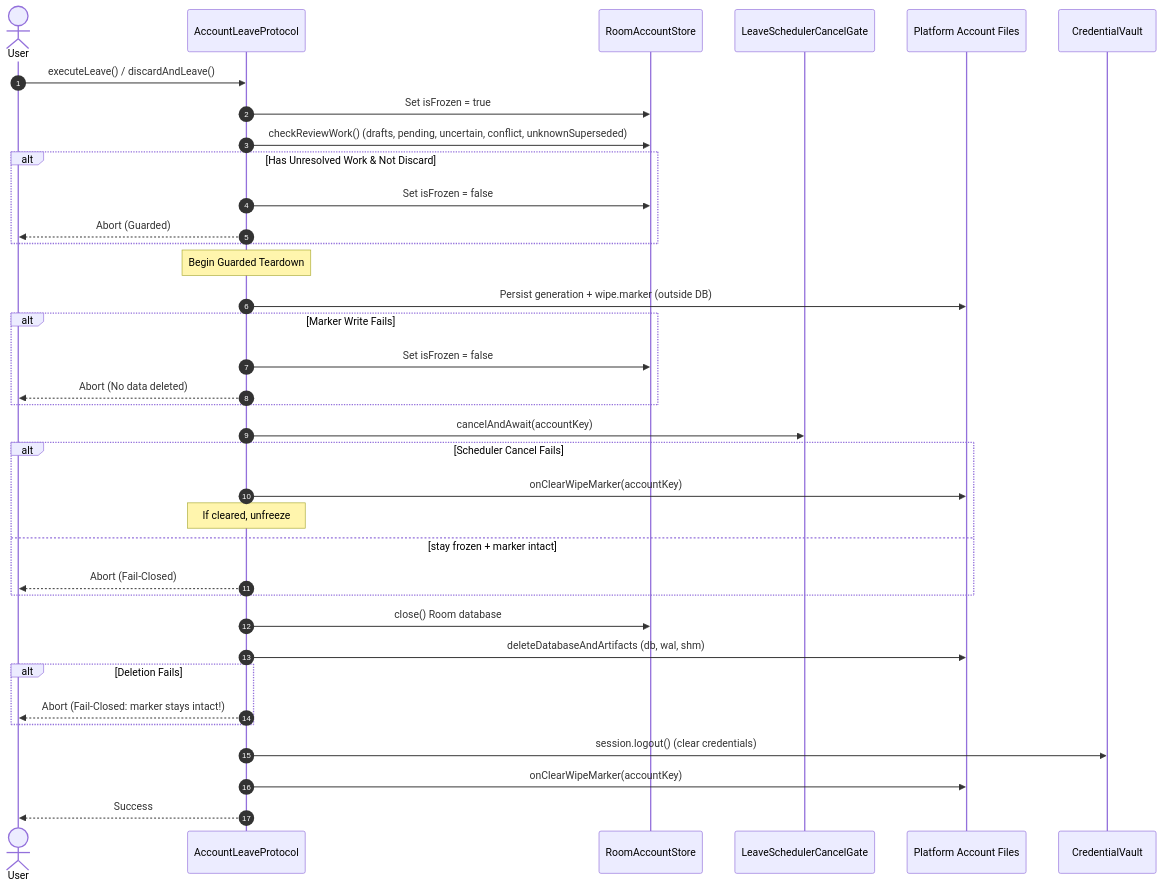
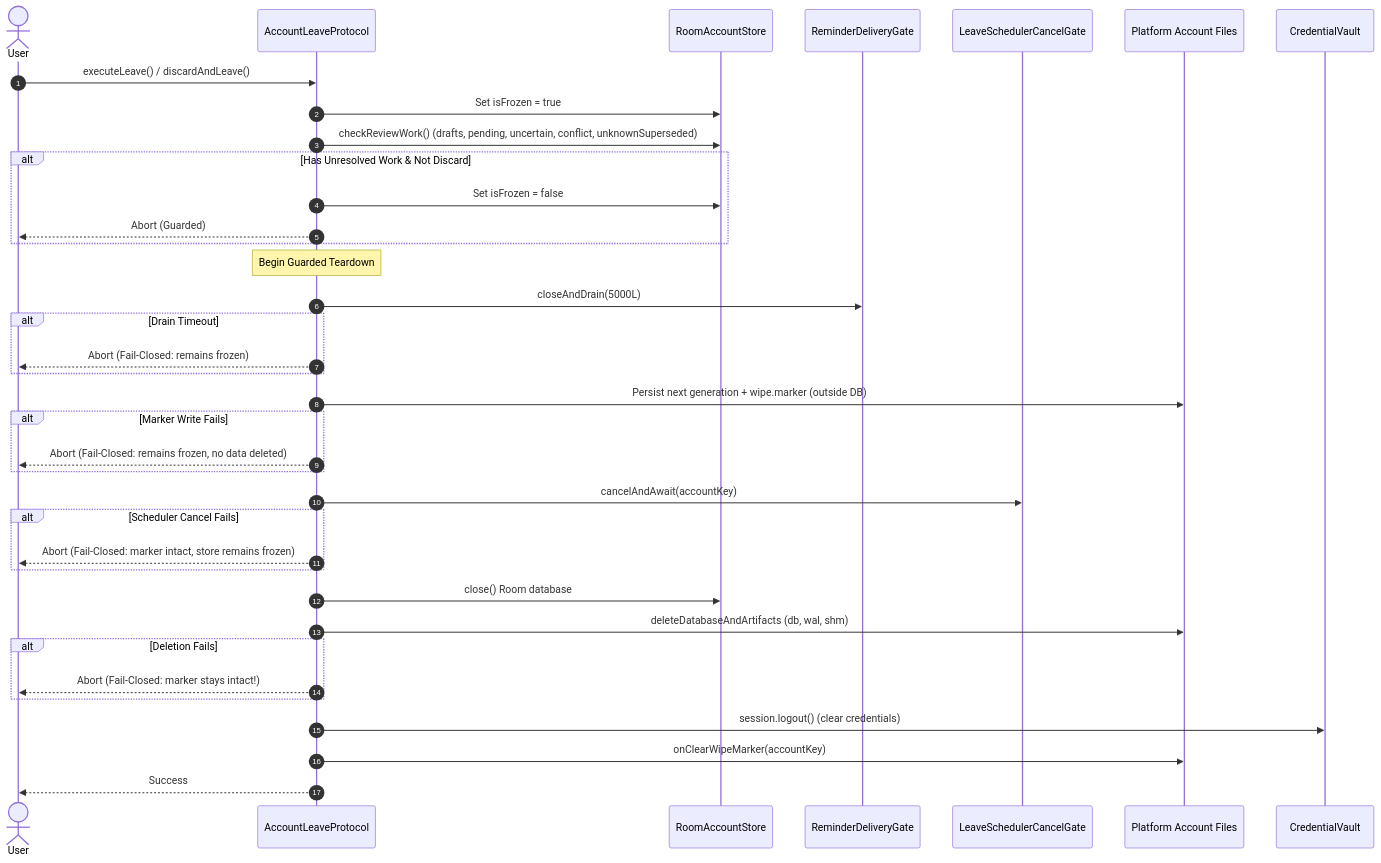
The third of 3 diagrams in docs/local-storage-and-sync.md (loidinhm31/tabby-rush), drawn with Mermaid before and after one commit. The commit also changed other lines of this file and 38 other files, not shown here.

First line of the commit message:
feat(shared): implement shared scheduling calculator, delivery gate, and account safety

````diff
--- a/docs/local-storage-and-sync.md
+++ b/docs/local-storage-and-sync.md
@@ -208,38 +208,40 @@
 ```mermaid
 sequenceDiagram
     autonumber
     actor User
     participant Leave as AccountLeaveProtocol
     participant Store as RoomAccountStore
+    participant Gate as ReminderDeliveryGate
     participant Sched as LeaveSchedulerCancelGate
     participant Disk as Platform Account Files
     participant Vault as CredentialVault
 
     User->>Leave: executeLeave() / discardAndLeave()
     Leave->>Store: Set isFrozen = true
     Leave->>Store: checkReviewWork() (drafts, pending, uncertain, conflict, unknownSuperseded)
     alt Has Unresolved Work & Not Discard
         Leave->>Store: Set isFrozen = false
         Leave-->>User: Abort (Guarded)
     end
     Note over Leave: Begin Guarded Teardown
-    Leave->>Disk: Persist generation + wipe.marker (outside DB)
+    Leave->>Gate: closeAndDrain(5000L)
+    alt Drain Timeout
+        Leave-->>User: Abort (Fail-Closed: remains frozen)
+    end
+    Leave->>Disk: Persist next generation + wipe.marker (outside DB)
     alt Marker Write Fails
-        Leave->>Store: Set isFrozen = false
-        Leave-->>User: Abort (No data deleted)
+        Leave-->>User: Abort (Fail-Closed: remains frozen, no data deleted)
     end
     Leave->>Sched: cancelAndAwait(accountKey)
     alt Scheduler Cancel Fails
-        Leave->>Disk: onClearWipeMarker(accountKey)
-        Note over Leave: If cleared, unfreeze; else stay frozen + marker intact
-        Leave-->>User: Abort (Fail-Closed)
+        Leave-->>User: Abort (Fail-Closed: marker intact, store remains frozen)
     end
     Leave->>Store: close() Room database
     Leave->>Disk: deleteDatabaseAndArtifacts (db, wal, shm)
     alt Deletion Fails
         Leave-->>User: Abort (Fail-Closed: marker stays intact!)
     end
     Leave->>Vault: session.logout() (clear credentials)
     Leave->>Disk: onClearWipeMarker(accountKey)
     Leave-->>User: Success
 ```
````
